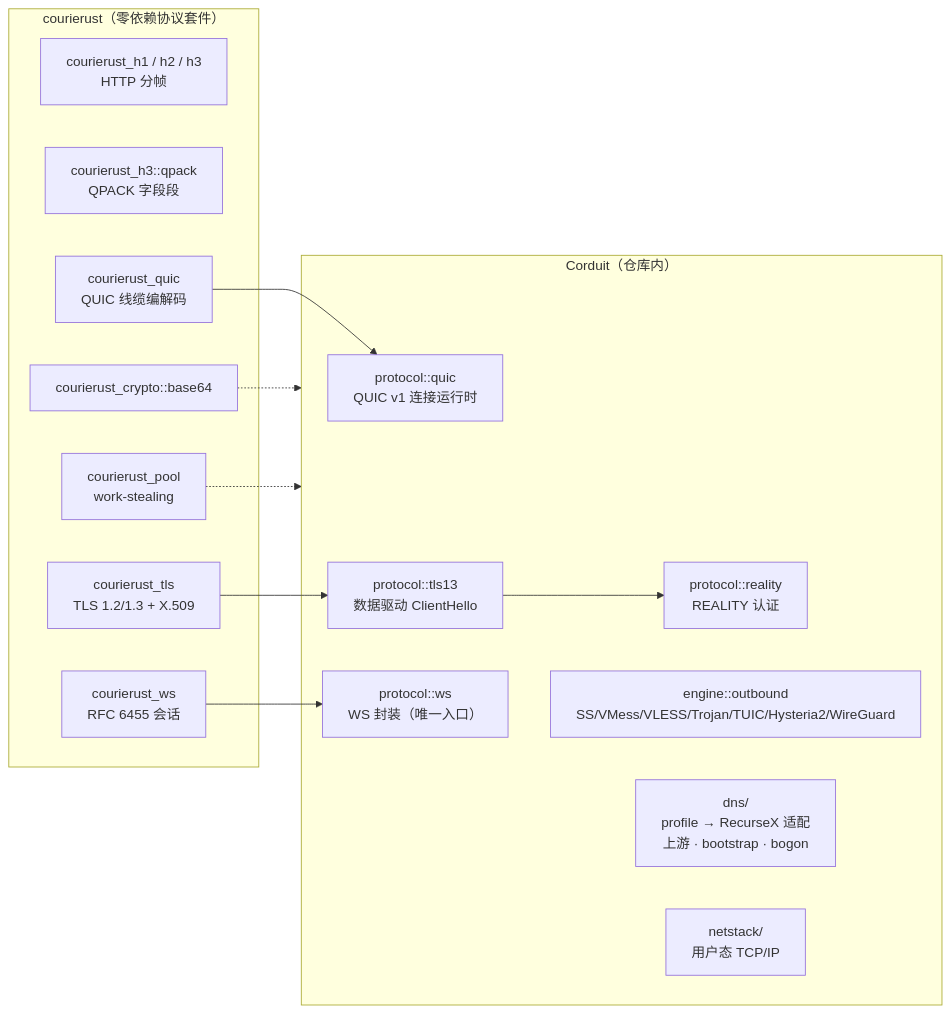
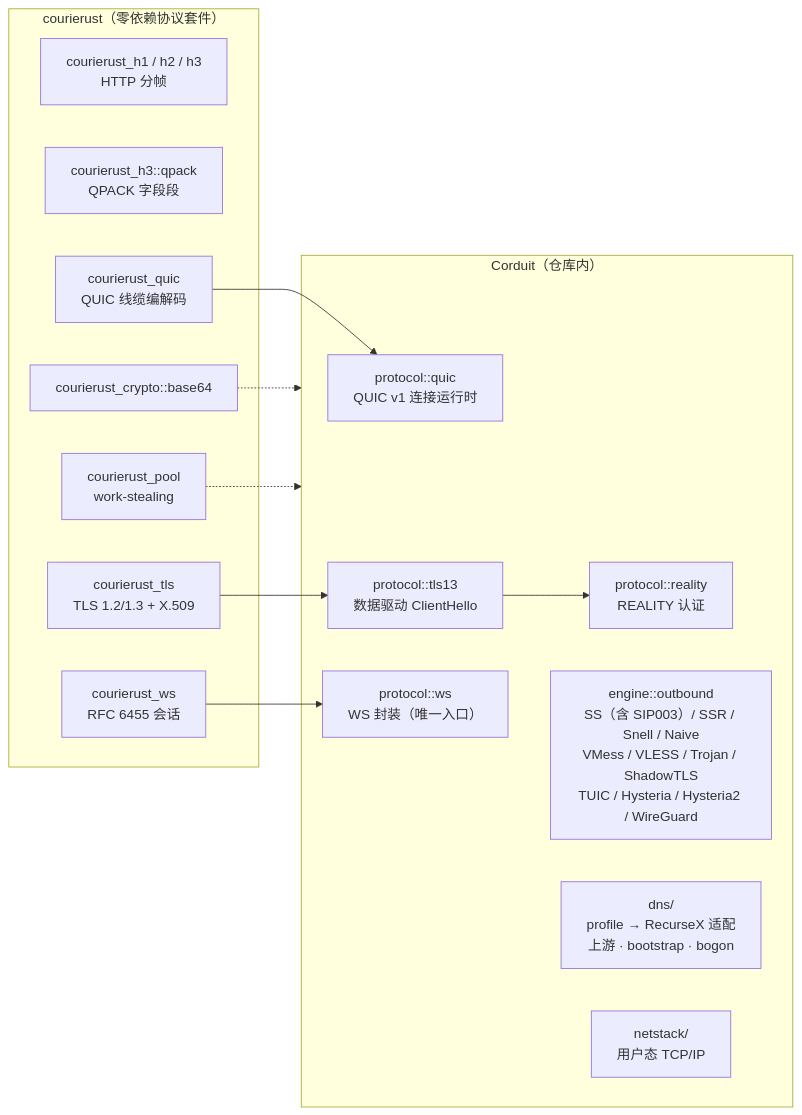
Before and after one commit to blueokanna/Corduit: the second of 7 diagrams in wiki/Architecture.md, drawn with Mermaid. The commit also changed other lines of this file and 27 other files, not shown here.

````diff
--- a/wiki/Architecture.md
+++ b/wiki/Architecture.md
@@ -38,28 +38,28 @@
 ```mermaid
 flowchart LR
     subgraph CR["courierust（零依赖协议套件）"]
         H1["courierust_h1 / h2 / h3<br/>HTTP 分帧"]
         QP["courierust_h3::qpack<br/>QPACK 字段段"]
         WS["courierust_ws<br/>RFC 6455 会话"]
         TLSc["courierust_tls<br/>TLS 1.2/1.3 + X.509"]
         QC["courierust_quic<br/>QUIC 线缆编解码"]
         POOL["courierust_pool<br/>work-stealing"]
         B64["courierust_crypto::base64"]
     end
 
     subgraph CT["Corduit（仓库内）"]
         QRT["protocol::quic<br/>QUIC v1 连接运行时"]
         T13["protocol::tls13<br/>数据驱动 ClientHello"]
         REAL["protocol::reality<br/>REALITY 认证"]
         WSM["protocol::ws<br/>WS 封装（唯一入口）"]
-        OB["engine::outbound<br/>SS/VMess/VLESS/Trojan/TUIC/Hysteria2/WireGuard"]
+        OB["engine::outbound<br/>SS（含 SIP003）/ SSR / Snell / Naive<br/>VMess / VLESS / Trojan / ShadowTLS<br/>TUIC / Hysteria / Hysteria2 / WireGuard"]
         DNS["dns/<br/>profile → RecurseX 适配<br/>上游 · bootstrap · bogon"]
         NS["netstack/<br/>用户态 TCP/IP"]
     end
 
     QC --> QRT
     TLSc --> T13 --> REAL
     WS --> WSM
     B64 -.-> CT
     POOL -.-> CT
 ```
````
